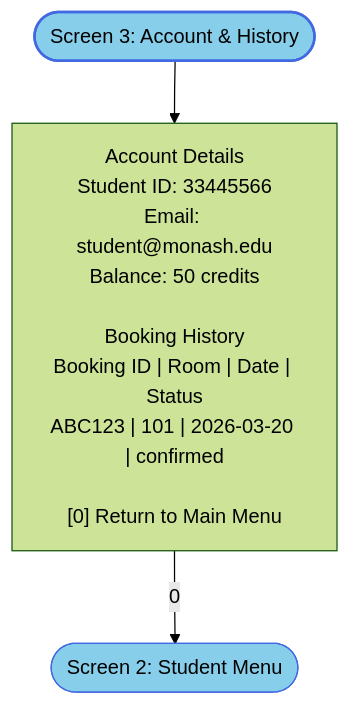
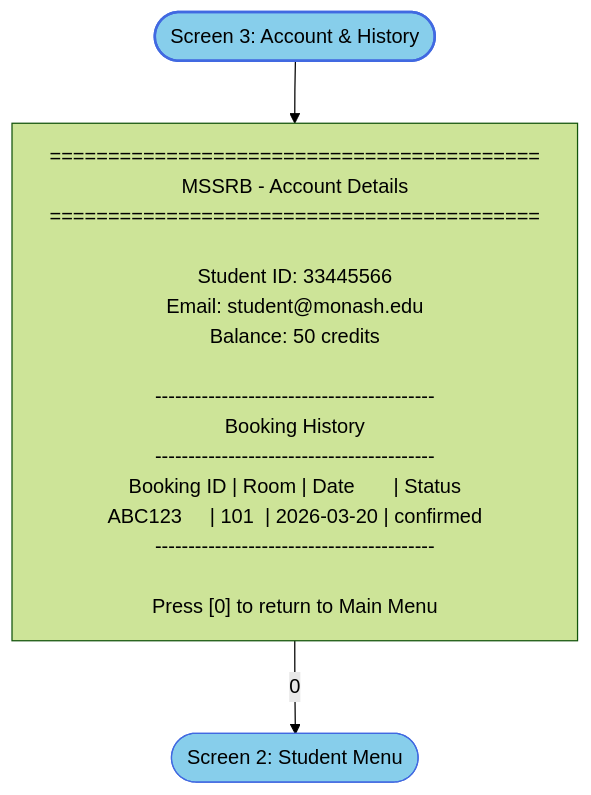
One commit to alii0110-monash/fit5136-study-room-booking changed the diagram in mermaid/member_a/03_account_history.flowchart.mmd. Above: the diagram before and after it, drawn with Mermaid (forest theme). The commit also changed 14 other files, not shown here.

First line of the commit message:
Convert all Mermaid files to screen-style format

```diff
--- a/mermaid/member_a/03_account_history.flowchart.mmd
+++ b/mermaid/member_a/03_account_history.flowchart.mmd
@@ -1,10 +1,29 @@
 flowchart TB
     ACCOUNT(["Screen 3: Account & History"])
-    A1["Account Details<br>Student ID: 33445566<br>Email: student@monash.edu<br>Balance: 50 credits<br><br>Booking History<br>Booking ID | Room | Date | Status<br>ABC123 | 101 | 2026-03-20 | confirmed<br><br>[0] Return to Main Menu"]
+
+    A1["
+==========================================
+MSSRB - Account Details
+==========================================
+
+Student ID: 33445566
+Email: student@monash.edu
+Balance: 50 credits
+
+------------------------------------------
+Booking History
+------------------------------------------
+Booking ID | Room | Date       | Status
+ABC123     | 101  | 2026-03-20 | confirmed
+------------------------------------------
+
+Press [0] to return to Main Menu
+    "]
+
     STUDENT_MENU(["Screen 2: Student Menu"])
 
     ACCOUNT --> A1
     A1 -->|"0"| STUDENT_MENU
 
     style ACCOUNT fill:#87CEEB,stroke:#4169E1,stroke-width:2px
     style STUDENT_MENU fill:#87CEEB,stroke:#4169E1
```
